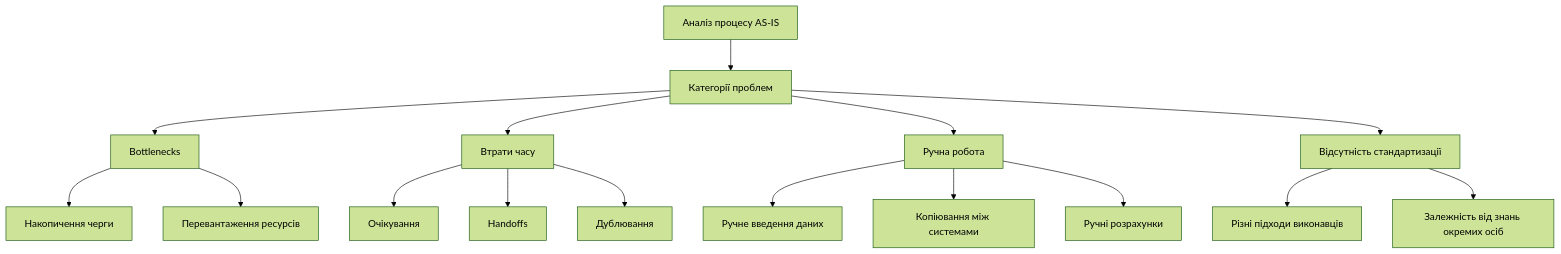
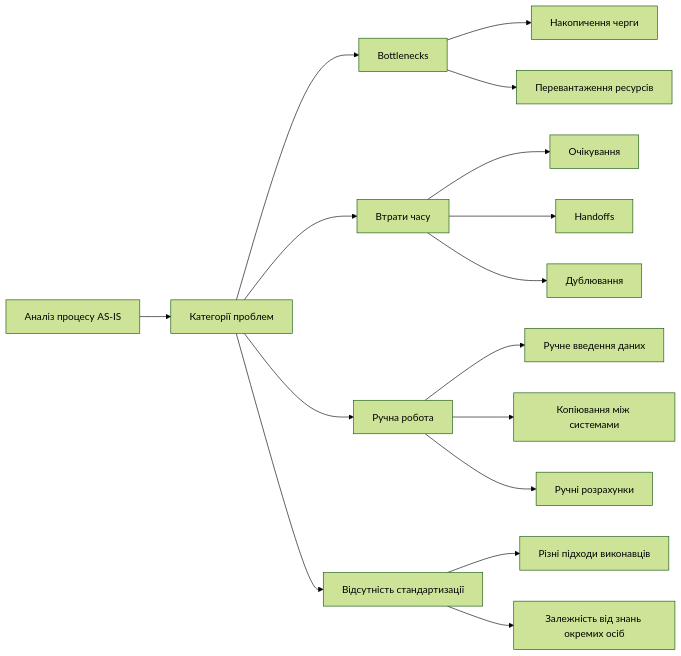
One commit to olroi421/course-sec changed the first of 4 diagrams in labs/lab-02.md. Above: the diagram before and after it, drawn with Mermaid (forest theme).

````diff
--- a/labs/lab-02.md
+++ b/labs/lab-02.md
@@ -49,23 +49,23 @@
 ```mermaid
-graph TD
+graph LR
     A[Аналіз процесу AS-IS] --> B[Категорії проблем]
 
     B --> C[Bottlenecks]
     B --> D[Втрати часу]
     B --> E[Ручна робота]
     B --> F[Відсутність стандартизації]
 
     C --> C1[Накопичення черги]
     C --> C2[Перевантаження ресурсів]
 
     D --> D1[Очікування]
     D --> D2[Handoffs]
     D --> D3[Дублювання]
 
     E --> E1[Ручне введення даних]
     E --> E2[Копіювання між системами]
     E --> E3[Ручні розрахунки]
 
     F --> F1[Різні підходи виконавців]
     F --> F2[Залежність від знань окремих осіб]
 ```
````
